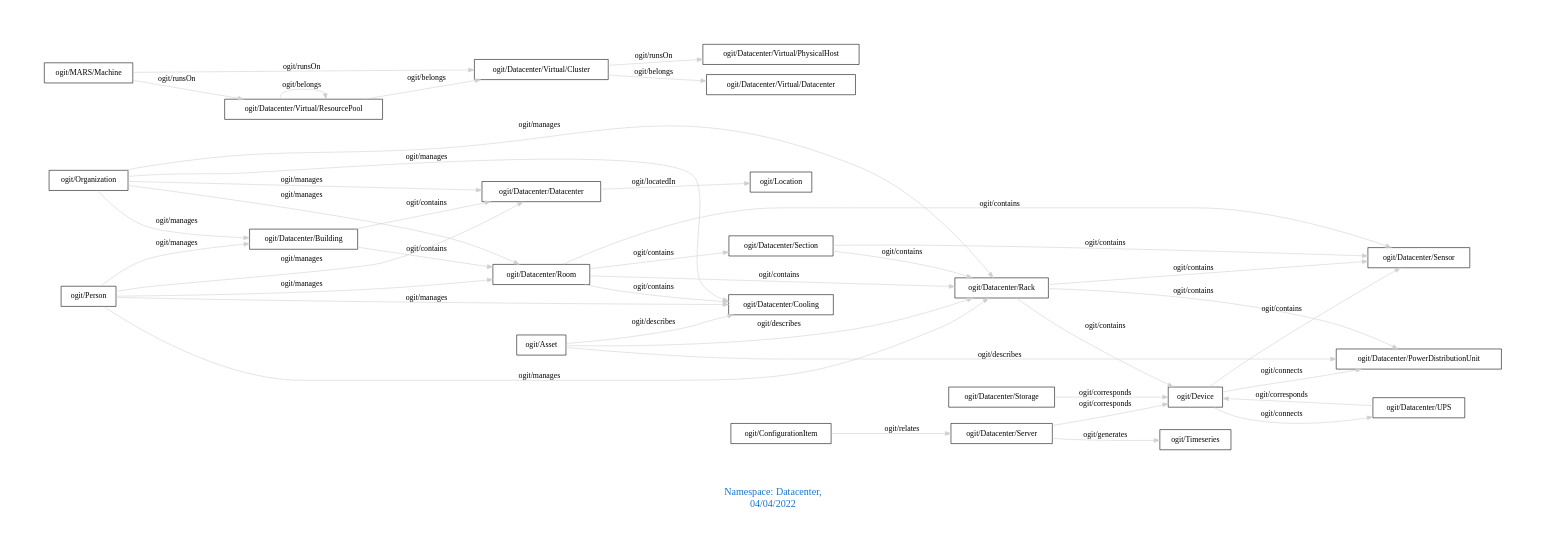
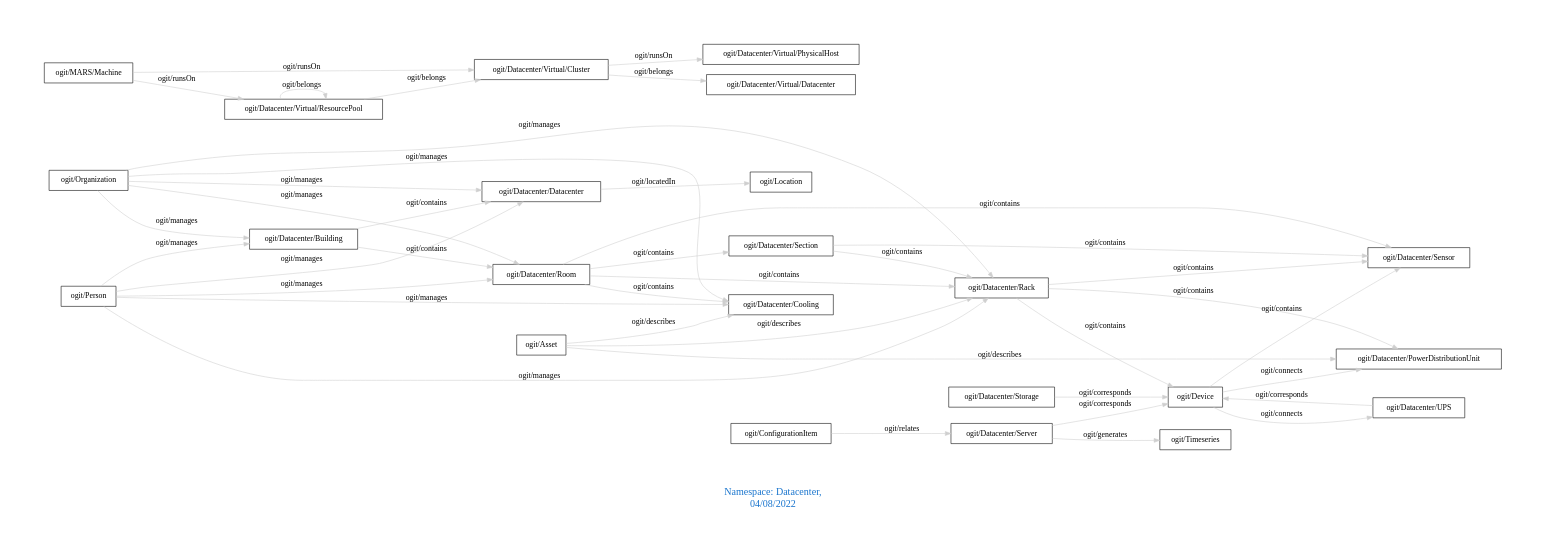
One commit to arago/OGIT changed the diagram in downloads/Datacenter.dot. Above: the diagram before and after it, drawn with Graphviz. The commit also changed 1937 other files, not shown here.

```diff
--- a/downloads/Datacenter.dot
+++ b/downloads/Datacenter.dot
@@ -1,47 +1,47 @@
 digraph OGIT_ontology {
  graph [ rankdir= LR,pad=1 
 fontsize = 18,
-fontcolor= dodgerblue3,label = "\n\n\nNamespace: Datacenter, \n 04/04/2022"];
+fontcolor= dodgerblue3,label = "\n\n\nNamespace: Datacenter, \n 04/08/2022"];
 node[shape=polygon];
 edge [  color="gray81"];
 
    "ogit/Datacenter/Building" -> "ogit/Datacenter/Datacenter" [label="   ogit/contains    "];
    "ogit/Datacenter/Building" -> "ogit/Datacenter/Room" [label="   ogit/contains    "];
    "ogit/Datacenter/Rack" -> "ogit/Datacenter/Sensor" [label="   ogit/contains    "];
    "ogit/Datacenter/Rack" -> "ogit/Datacenter/PowerDistributionUnit" [label="   ogit/contains    "];
    "ogit/Datacenter/Rack" -> "ogit/Device" [label="   ogit/contains    "];
    "ogit/Datacenter/Room" -> "ogit/Datacenter/Rack" [label="   ogit/contains    "];
    "ogit/Datacenter/Room" -> "ogit/Datacenter/Cooling" [label="   ogit/contains    "];
    "ogit/Datacenter/Room" -> "ogit/Datacenter/Sensor" [label="   ogit/contains    "];
    "ogit/Datacenter/Room" -> "ogit/Datacenter/Section" [label="   ogit/contains    "];
    "ogit/Datacenter/Section" -> "ogit/Datacenter/Sensor" [label="   ogit/contains    "];
    "ogit/Datacenter/Section" -> "ogit/Datacenter/Rack" [label="   ogit/contains    "];
    "ogit/Device" -> "ogit/Datacenter/Sensor" [label="   ogit/contains    "];
    "ogit/Organization" -> "ogit/Datacenter/Room" [label="   ogit/manages    "];
    "ogit/Organization" -> "ogit/Datacenter/Rack" [label="   ogit/manages    "];
    "ogit/Organization" -> "ogit/Datacenter/Datacenter" [label="   ogit/manages    "];
    "ogit/Organization" -> "ogit/Datacenter/Cooling" [label="   ogit/manages    "];
    "ogit/Organization" -> "ogit/Datacenter/Building" [label="   ogit/manages    "];
    "ogit/Person" -> "ogit/Datacenter/Room" [label="   ogit/manages    "];
    "ogit/Person" -> "ogit/Datacenter/Rack" [label="   ogit/manages    "];
    "ogit/Person" -> "ogit/Datacenter/Datacenter" [label="   ogit/manages    "];
    "ogit/Person" -> "ogit/Datacenter/Cooling" [label="   ogit/manages    "];
    "ogit/Person" -> "ogit/Datacenter/Building" [label="   ogit/manages    "];
    "ogit/Datacenter/Virtual/Cluster" -> "ogit/Datacenter/Virtual/PhysicalHost" [label="   ogit/runsOn    "];
    "ogit/MARS/Machine" -> "ogit/Datacenter/Virtual/Cluster" [label="   ogit/runsOn    "];
    "ogit/MARS/Machine" -> "ogit/Datacenter/Virtual/ResourcePool" [label="   ogit/runsOn    "];
    "ogit/Datacenter/Server" -> "ogit/Timeseries" [label="   ogit/generates    "];
    "ogit/Asset" -> "ogit/Datacenter/Rack" [label="   ogit/describes    "];
    "ogit/Asset" -> "ogit/Datacenter/PowerDistributionUnit" [label="   ogit/describes    "];
    "ogit/Asset" -> "ogit/Datacenter/Cooling" [label="   ogit/describes    "];
    "ogit/Device" -> "ogit/Datacenter/PowerDistributionUnit" [label="   ogit/connects    "];
    "ogit/Device" -> "ogit/Datacenter/UPS" [label="   ogit/connects    "];
    "ogit/Datacenter/Datacenter" -> "ogit/Location" [label="   ogit/locatedIn    "];
    "ogit/Datacenter/Server" -> "ogit/Device" [label="   ogit/corresponds    "];
    "ogit/Datacenter/Storage" -> "ogit/Device" [label="   ogit/corresponds    "];
    "ogit/Datacenter/UPS" -> "ogit/Device" [label="   ogit/corresponds    "];
    "ogit/Datacenter/Virtual/Cluster" -> "ogit/Datacenter/Virtual/Datacenter" [label="   ogit/belongs    "];
    "ogit/Datacenter/Virtual/ResourcePool" -> "ogit/Datacenter/Virtual/Cluster" [label="   ogit/belongs    "];
    "ogit/ConfigurationItem" -> "ogit/Datacenter/Server" [label="   ogit/relates    "];
    "ogit/Datacenter/Virtual/ResourcePool" -> "ogit/Datacenter/Virtual/ResourcePool" [label="   ogit/belongs    "];
 }
```
